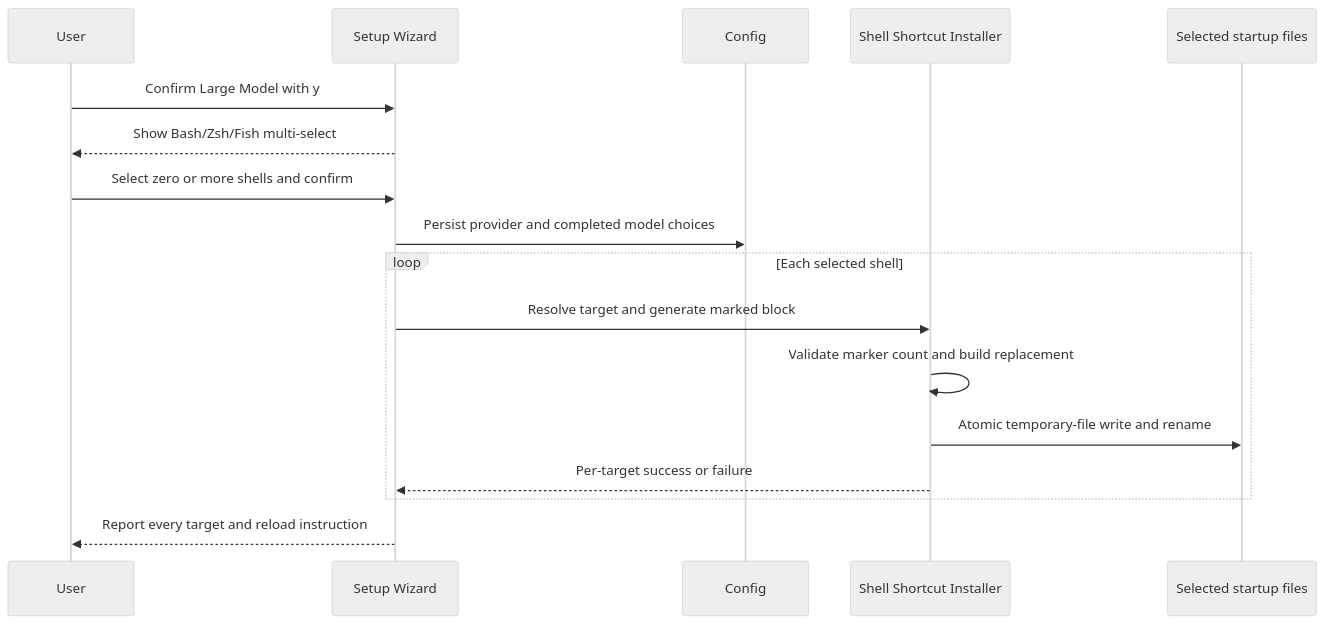
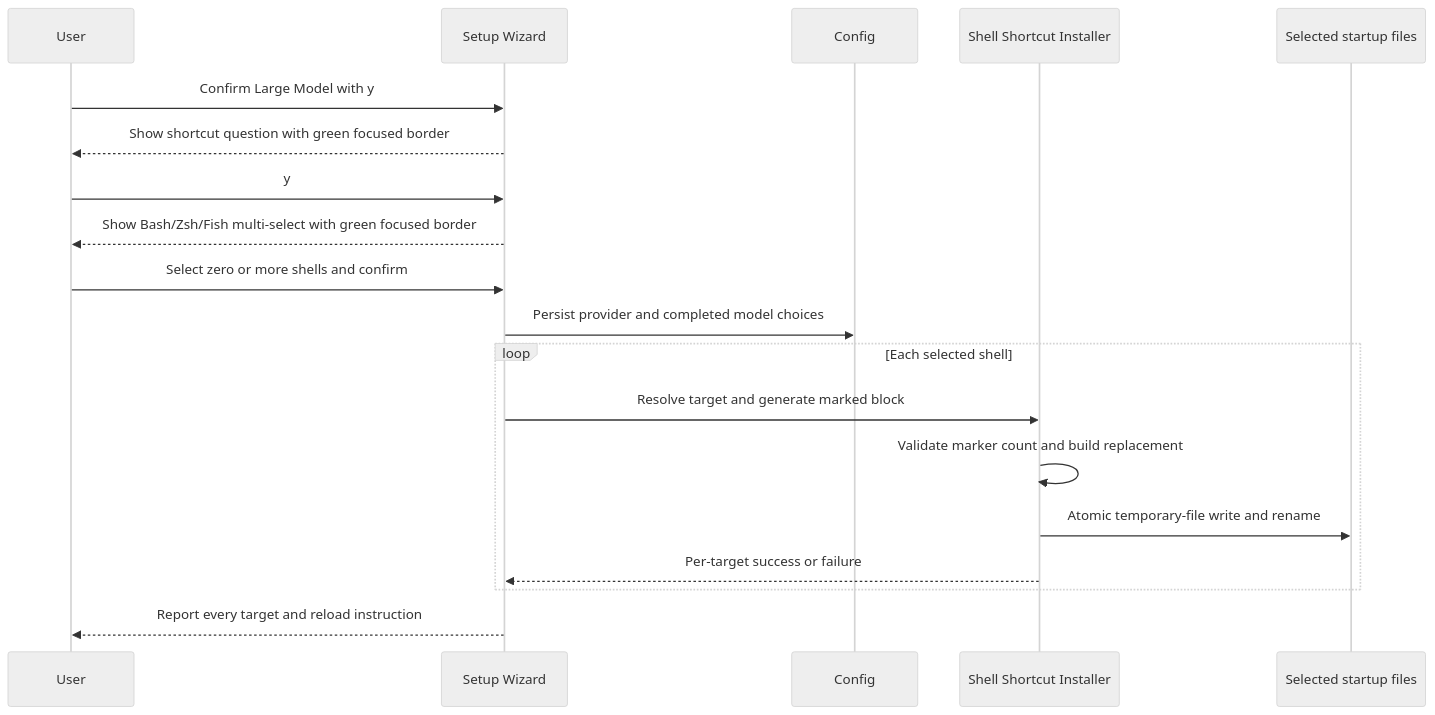
One commit to buster/watn changed the third of 19 diagrams in docs/arc42/06-runtime-view.md. Above: the diagram before and after it, drawn with Mermaid (neutral theme). The commit also changed other lines of this file and 18 other files, not shown here.

Commit message:
feat(highlight-active-setup-input): The initial URL input has a green border

````diff
--- a/docs/arc42/06-runtime-view.md
+++ b/docs/arc42/06-runtime-view.md
@@ -109,20 +109,22 @@
 ```mermaid
 sequenceDiagram
     participant User
     participant Wizard as Setup Wizard
     participant Config as Config
     participant Installer as Shell Shortcut Installer
     participant Files as Selected startup files
 
     User->>Wizard: Confirm Large Model with y
-    Wizard-->>User: Show Bash/Zsh/Fish multi-select
+    Wizard-->>User: Show shortcut question with green focused border
+    User->>Wizard: y
+    Wizard-->>User: Show Bash/Zsh/Fish multi-select with green focused border
     User->>Wizard: Select zero or more shells and confirm
     Wizard->>Config: Persist provider and completed model choices
     loop Each selected shell
         Wizard->>Installer: Resolve target and generate marked block
         Installer->>Installer: Validate marker count and build replacement
         Installer->>Files: Atomic temporary-file write and rename
         Installer-->>Wizard: Per-target success or failure
     end
     Wizard-->>User: Report every target and reload instruction
 ```
````
